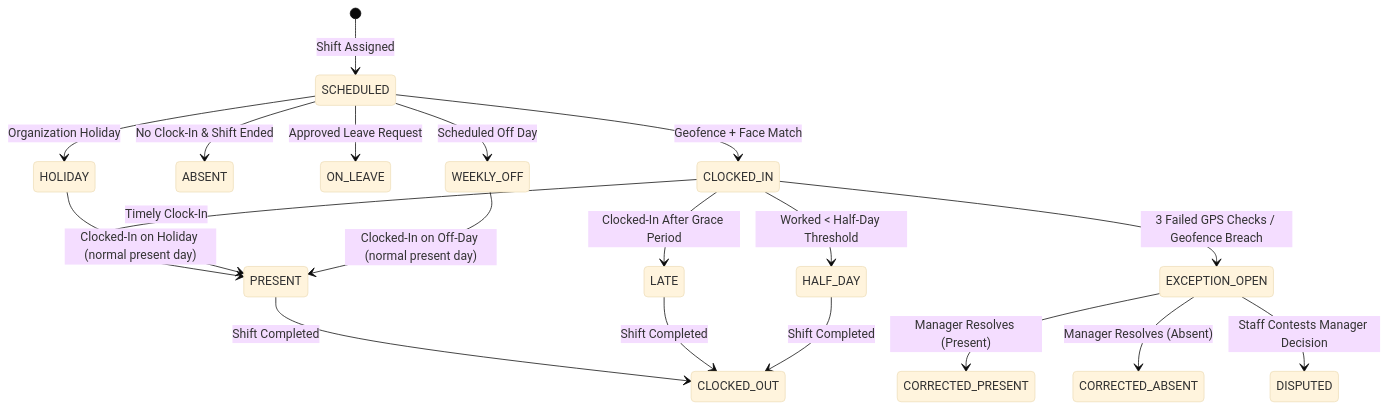
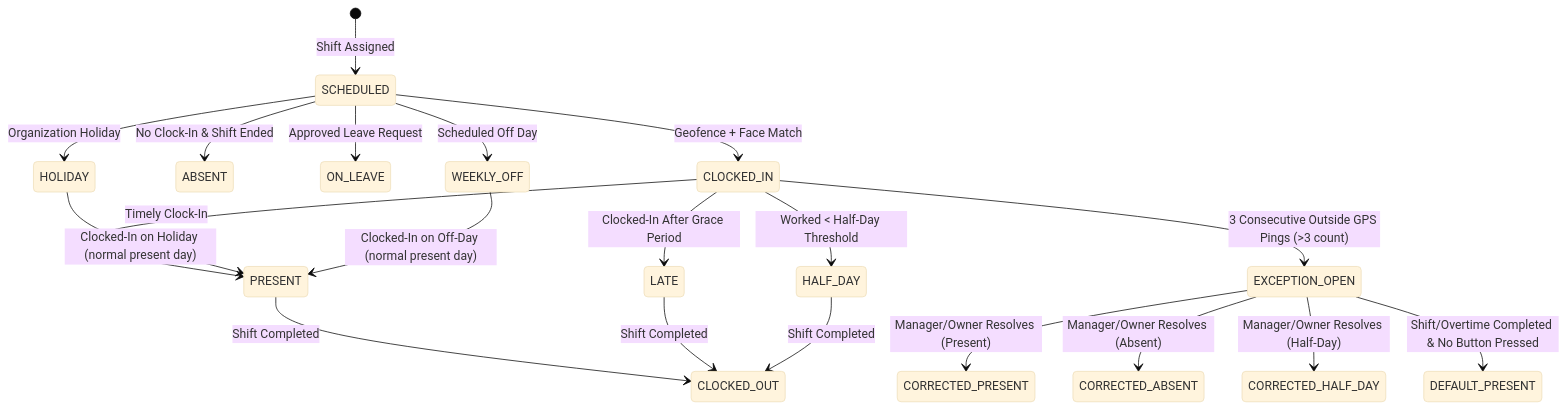
The diagram in docs/ATTENDANCE_RULES.md (Sahin00789/presence-android-app), drawn with Mermaid (base theme) before and after one commit. The commit also changed other lines of this file and 193 other files, not shown here.

````diff
--- a/docs/ATTENDANCE_RULES.md
+++ b/docs/ATTENDANCE_RULES.md
@@ -5,25 +5,26 @@
 ```mermaid
 stateDiagram-v2
     [*] --> SCHEDULED : Shift Assigned
     SCHEDULED --> CLOCKED_IN : Geofence + Face Match
     SCHEDULED --> ABSENT : No Clock-In & Shift Ended
     SCHEDULED --> ON_LEAVE : Approved Leave Request
     SCHEDULED --> HOLIDAY : Organization Holiday
     SCHEDULED --> WEEKLY_OFF : Scheduled Off Day
 
     CLOCKED_IN --> PRESENT : Timely Clock-In
     CLOCKED_IN --> LATE : Clocked-In After Grace Period
     CLOCKED_IN --> HALF_DAY : Worked < Half-Day Threshold
-    CLOCKED_IN --> EXCEPTION_OPEN : 3 Failed GPS Checks / Geofence Breach
+    CLOCKED_IN --> EXCEPTION_OPEN : 3 Consecutive Outside GPS Pings (>3 count)
 
-    EXCEPTION_OPEN --> CORRECTED_PRESENT : Manager Resolves (Present)
-    EXCEPTION_OPEN --> CORRECTED_ABSENT : Manager Resolves (Absent)
-    EXCEPTION_OPEN --> DISPUTED : Staff Contests Manager Decision
+    EXCEPTION_OPEN --> CORRECTED_PRESENT : Manager/Owner Resolves (Present)
+    EXCEPTION_OPEN --> CORRECTED_ABSENT : Manager/Owner Resolves (Absent)
+    EXCEPTION_OPEN --> CORRECTED_HALF_DAY : Manager/Owner Resolves (Half-Day)
+    EXCEPTION_OPEN --> DEFAULT_PRESENT : Shift/Overtime Completed & No Button Pressed
 
     PRESENT --> CLOCKED_OUT : Shift Completed
     LATE --> CLOCKED_OUT : Shift Completed
     HALF_DAY --> CLOCKED_OUT : Shift Completed
 
     HOLIDAY --> PRESENT : Clocked-In on Holiday (normal present day)
     WEEKLY_OFF --> PRESENT : Clocked-In on Off-Day (normal present day)
 ```
````
